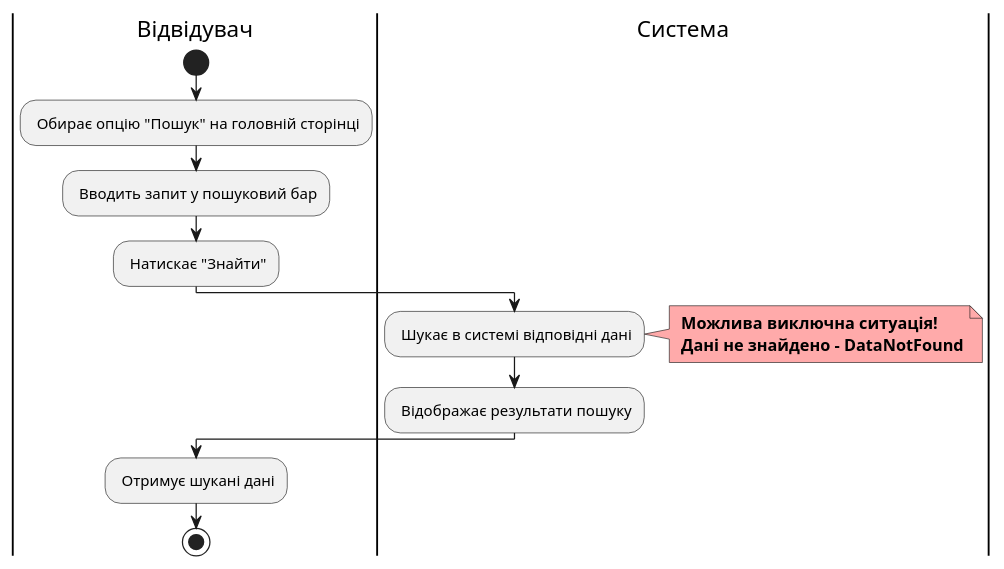
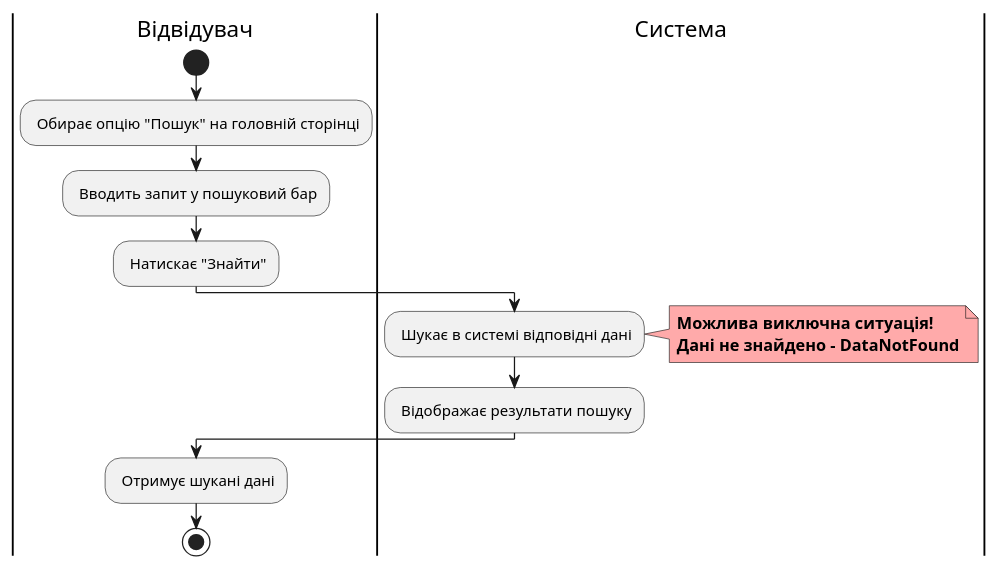
One commit to watashone/db-labs changed the fifth of 19 diagrams in docs/use cases/README.md. Above: the diagram before and after it, drawn with PlantUML. The commit also changed other lines of this file, not shown here.

````diff
--- a/docs/use cases/README.md
+++ b/docs/use cases/README.md
@@ -156,20 +156,20 @@
 ```plantuml
 @startuml
     |Відвідувач|
         start
         : Обирає опцію "Пошук" на головній сторінці;
         : Вводить запит у пошуковий бар;
         : Натискає "Знайти";
     |Система|
         : Шукає в системі відповідні дані;
         note right #ffaaaa
-        <b> Можлива виключна ситуація!
-        <b> Дані не знайдено - DataNotFound
+        <b>Можлива виключна ситуація!
+        <b>Дані не знайдено - DataNotFound
         end note
         : Відображає результати пошуку;
     |Відвідувач|
         : Отримує шукані дані;
         stop;
 
 @enduml 
 ```
````
